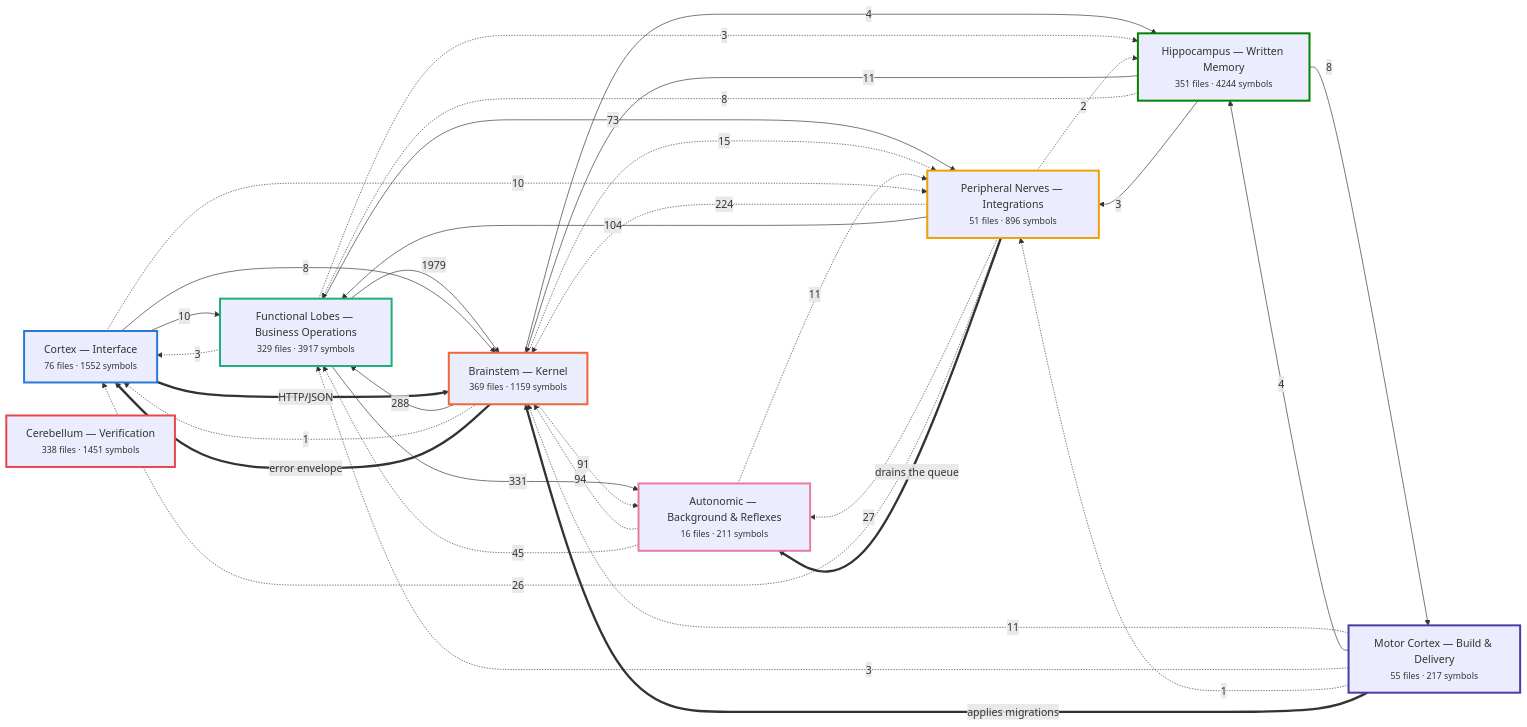
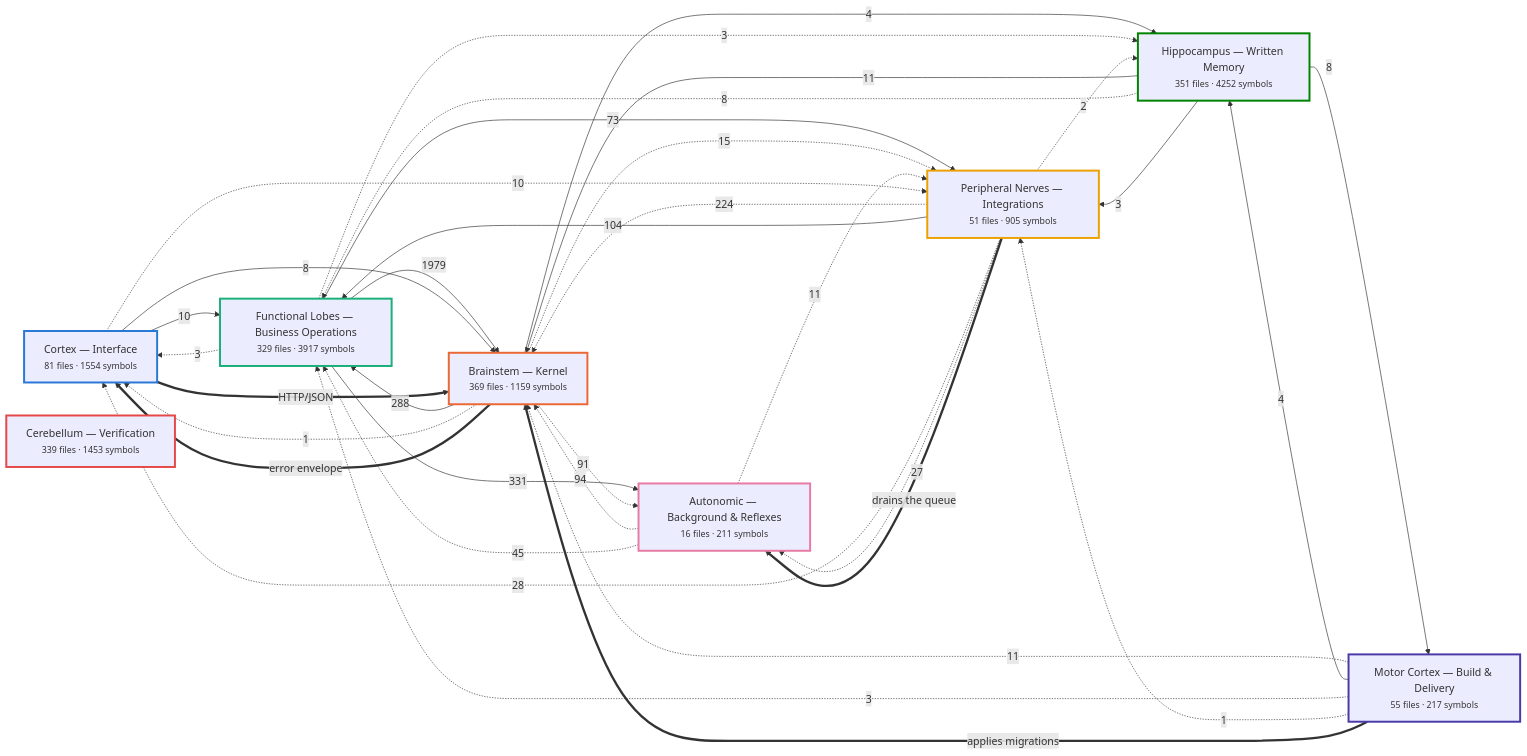
The first of 7 diagrams in docs/brain/BRAIN.md (Vishalnayak226/custom_erp), drawn with Mermaid before and after one commit. The commit also changed other lines of this file and 47 other files, not shown here.

````diff
--- a/docs/brain/BRAIN.md
+++ b/docs/brain/BRAIN.md
@@ -35,60 +35,60 @@
 ```mermaid
 flowchart LR
-  n_cortex["Cortex — Interface<br/><small>76 files · 1552 symbols</small>"]
+  n_cortex["Cortex — Interface<br/><small>81 files · 1554 symbols</small>"]
   n_brainstem["Brainstem — Kernel<br/><small>369 files · 1159 symbols</small>"]
   n_business["Functional Lobes — Business Operations<br/><small>329 files · 3917 symbols</small>"]
-  n_peripheral["Peripheral Nerves — Integrations<br/><small>51 files · 896 symbols</small>"]
+  n_peripheral["Peripheral Nerves — Integrations<br/><small>51 files · 905 symbols</small>"]
   n_autonomic["Autonomic — Background & Reflexes<br/><small>16 files · 211 symbols</small>"]
-  n_memory["Hippocampus — Written Memory<br/><small>351 files · 4244 symbols</small>"]
+  n_memory["Hippocampus — Written Memory<br/><small>351 files · 4252 symbols</small>"]
   n_motor["Motor Cortex — Build & Delivery<br/><small>55 files · 217 symbols</small>"]
-  n_verification["Cerebellum — Verification<br/><small>338 files · 1451 symbols</small>"]
+  n_verification["Cerebellum — Verification<br/><small>339 files · 1453 symbols</small>"]
   n_business -->|1979| n_brainstem
   n_business -->|331| n_autonomic
   n_brainstem -->|288| n_business
   n_peripheral -.->|224| n_brainstem
   n_peripheral -->|104| n_business
   n_autonomic -.->|94| n_brainstem
   n_brainstem -.->|91| n_autonomic
   n_business -->|73| n_peripheral
   n_autonomic -.->|45| n_business
+  n_peripheral -.->|28| n_cortex
   n_peripheral -.->|27| n_autonomic
-  n_peripheral -.->|26| n_cortex
   n_brainstem -.->|15| n_peripheral
   n_autonomic -.->|11| n_peripheral
   n_memory -->|11| n_brainstem
   n_motor -.->|11| n_brainstem
   n_cortex -->|10| n_business
   n_cortex -.->|10| n_peripheral
   n_cortex -->|8| n_brainstem
   n_memory -.->|8| n_business
   n_memory -->|8| n_motor
   n_brainstem -->|4| n_memory
   n_motor -->|4| n_memory
   n_business -.->|3| n_cortex
   n_business -.->|3| n_memory
   n_memory -->|3| n_peripheral
   n_motor -.->|3| n_business
   n_peripheral -.->|2| n_memory
   n_brainstem -.->|1| n_cortex
   n_motor -.->|1| n_peripheral
   n_brainstem ==>|error envelope| n_cortex
   n_cortex ==>|HTTP/JSON| n_brainstem
   n_motor ==>|applies migrations| n_brainstem
   n_peripheral ==>|drains the queue| n_autonomic
   classDef n_cortex stroke:#2a78d6,stroke-width:3px;
   class n_cortex n_cortex;
   classDef n_brainstem stroke:#eb6834,stroke-width:3px;
   class n_brainstem n_brainstem;
   classDef n_business stroke:#1baf7a,stroke-width:3px;
   class n_business n_business;
   classDef n_peripheral stroke:#eda100,stroke-width:3px;
   class n_peripheral n_peripheral;
   classDef n_autonomic stroke:#e87ba4,stroke-width:3px;
   class n_autonomic n_autonomic;
   classDef n_memory stroke:#008300,stroke-width:3px;
   class n_memory n_memory;
   classDef n_motor stroke:#4a3aa7,stroke-width:3px;
   class n_motor n_motor;
   classDef n_verification stroke:#e34948,stroke-width:3px;
   class n_verification n_verification;
 ```
````
